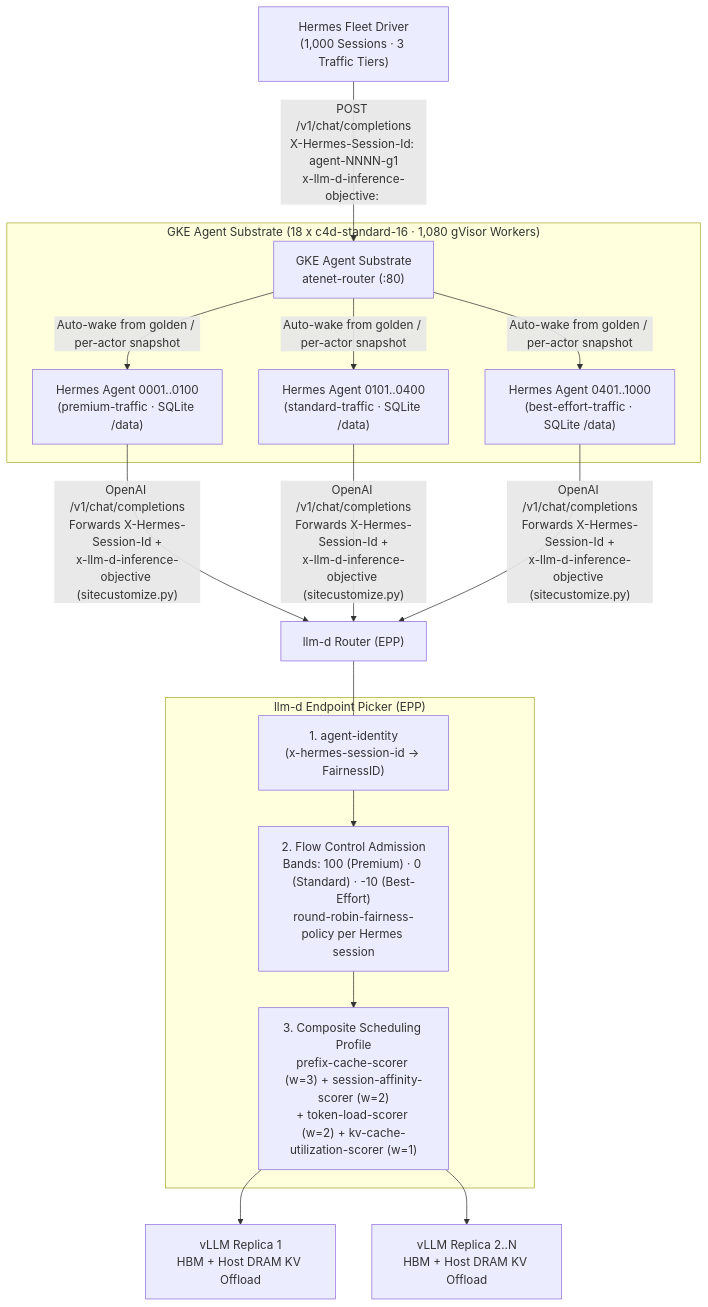
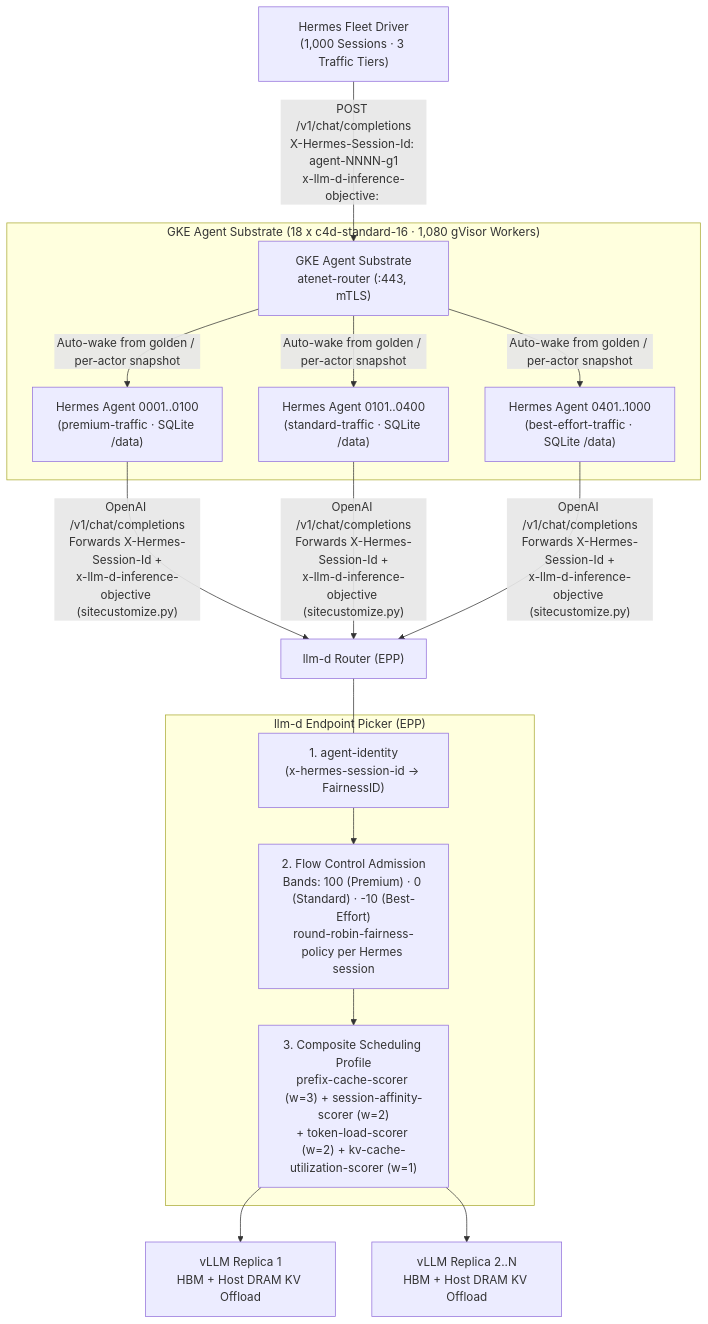
Before and after one commit to llm-d/llm-d: the diagram in guides/agent-substrate/README.md, drawn with Mermaid. The commit also changed other lines of this file and 10 other files, not shown here.

First line of the commit message:
fix(guides/agent-substrate): port to Agent Substrate v1.0.0 and validate at small scale

````diff
--- a/guides/agent-substrate/README.md
+++ b/guides/agent-substrate/README.md
@@ -37,21 +56,21 @@
 ```mermaid
 flowchart TD
-    Driver["Hermes Fleet Driver<br/>(1,000 Sessions · 3 Traffic Tiers)"] -->|"POST /v1/chat/completions<br/>X-Hermes-Session-Id: agent-NNNN-g1<br/>x-llm-d-inference-objective: <tier>"| Atenet["GKE Agent Substrate<br/>atenet-router (:80)"]
+    Driver["Hermes Fleet Driver<br/>(1,000 Sessions · 3 Traffic Tiers)"] -->|"POST /v1/chat/completions<br/>X-Hermes-Session-Id: agent-NNNN-g1<br/>x-llm-d-inference-objective: <tier>"| Atenet["GKE Agent Substrate<br/>atenet-router (:443, mTLS)"]
 
     subgraph Substrate["GKE Agent Substrate (18 x c4d-standard-16 · 1,080 gVisor Workers)"]
         Atenet -->|"Auto-wake from golden / per-actor snapshot"| H1["Hermes Agent 0001..0100<br/>(premium-traffic · SQLite /data)"]
         Atenet -->|"Auto-wake from golden / per-actor snapshot"| H2["Hermes Agent 0101..0400<br/>(standard-traffic · SQLite /data)"]
         Atenet -->|"Auto-wake from golden / per-actor snapshot"| H3["Hermes Agent 0401..1000<br/>(best-effort-traffic · SQLite /data)"]
     end
 
     H1 & H2 & H3 -->|"OpenAI /v1/chat/completions<br/>Forwards X-Hermes-Session-Id +<br/>x-llm-d-inference-objective (sitecustomize.py)"| EPP["llm-d Router (EPP)"]
 
     subgraph Router["llm-d Endpoint Picker (EPP)"]
         Identity["1. agent-identity<br/>(x-hermes-session-id -> FairnessID)"] --> FC["2. Flow Control Admission<br/>Bands: 100 (Premium) · 0 (Standard) · -10 (Best-Effort)<br/>round-robin-fairness-policy per Hermes session"]
         FC --> Sched["3. Composite Scheduling Profile<br/>prefix-cache-scorer (w=3) + session-affinity-scorer (w=2)<br/>+ token-load-scorer (w=2) + kv-cache-utilization-scorer (w=1)"]
     end
 
     EPP --- Identity
     Sched --> V1["vLLM Replica 1<br/>HBM + Host DRAM KV Offload"]
     Sched --> V2["vLLM Replica 2..N<br/>HBM + Host DRAM KV Offload"]
 ```
````
